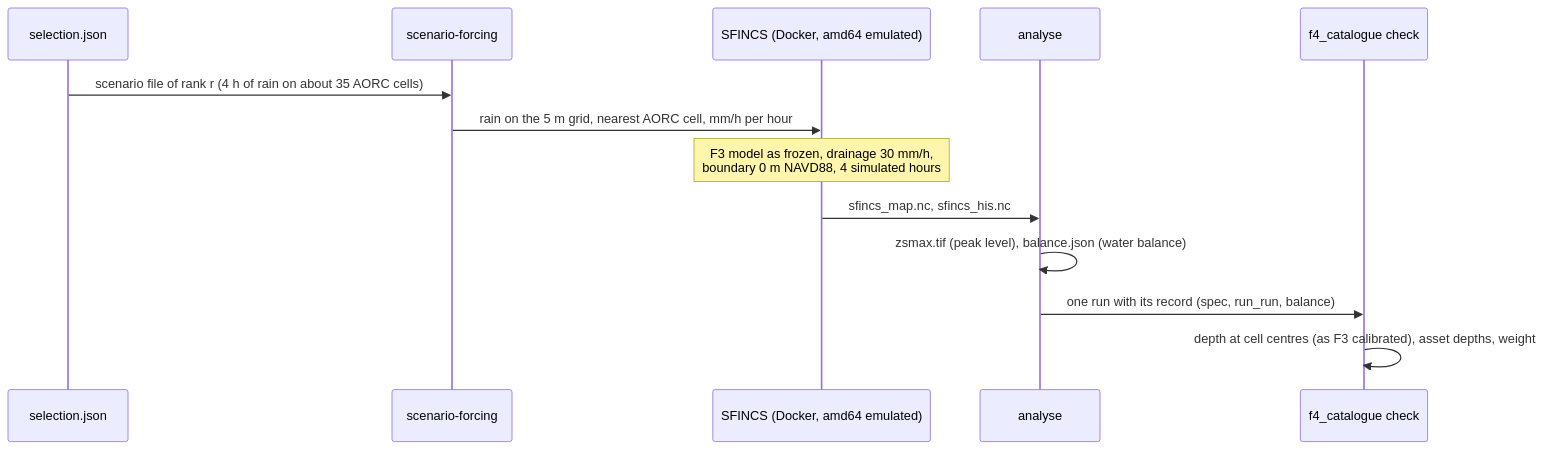
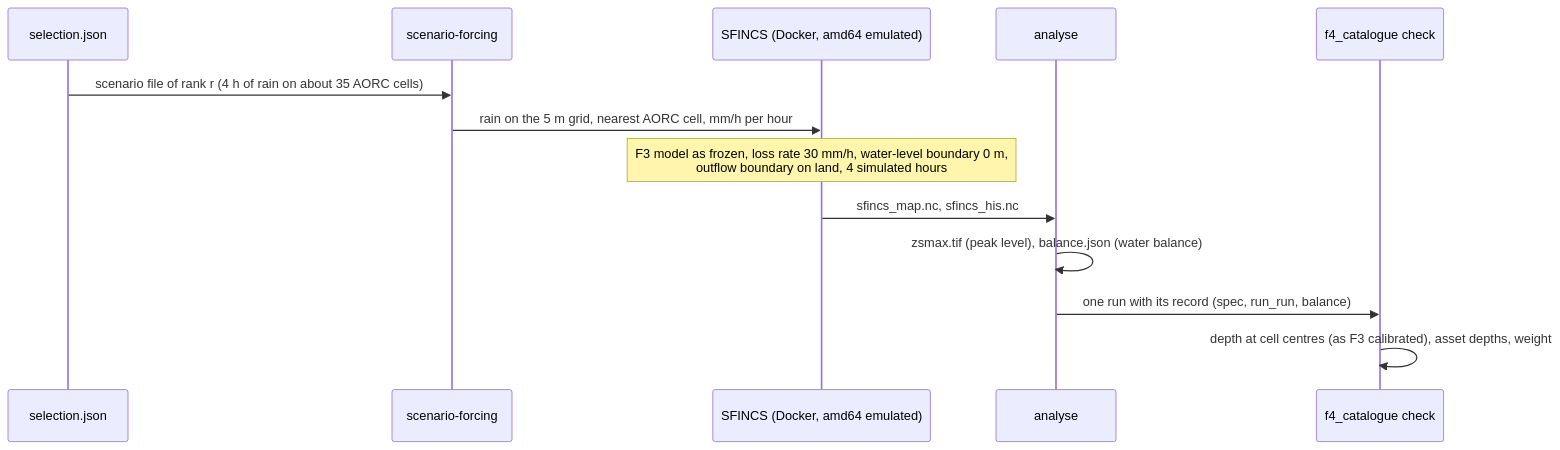
One commit to shlyakh/crc-lab changed the diagram in docs/flood/figures/diagrams/events-one-run.mmd. Above: the diagram before and after it, drawn with Mermaid. The commit also changed 8 other files, not shown here.

Commit message:
Flood docs: hydrology terminology (WMO, USGS, SFINCS) applied to the simulated-events document and diagrams; CH-22 proposed for the requirements

```diff
--- a/docs/flood/figures/diagrams/events-one-run.mmd
+++ b/docs/flood/figures/diagrams/events-one-run.mmd
@@ -1,13 +1,13 @@
 sequenceDiagram
     participant Sel as selection.json
     participant F as scenario-forcing
     participant S as SFINCS (Docker, amd64 emulated)
     participant A as analyse
     participant C as f4_catalogue check
     Sel->>F: scenario file of rank r (4 h of rain on about 35 AORC cells)
     F->>S: rain on the 5 m grid, nearest AORC cell, mm/h per hour
-    Note over S: F3 model as frozen, drainage 30 mm/h,<br/>boundary 0 m NAVD88, 4 simulated hours
+    Note over S: F3 model as frozen, loss rate 30 mm/h, water-level boundary 0 m,<br/>outflow boundary on land, 4 simulated hours
     S->>A: sfincs_map.nc, sfincs_his.nc
     A->>A: zsmax.tif (peak level), balance.json (water balance)
     A->>C: one run with its record (spec, run_run, balance)
     C->>C: depth at cell centres (as F3 calibrated), asset depths, weight
```
